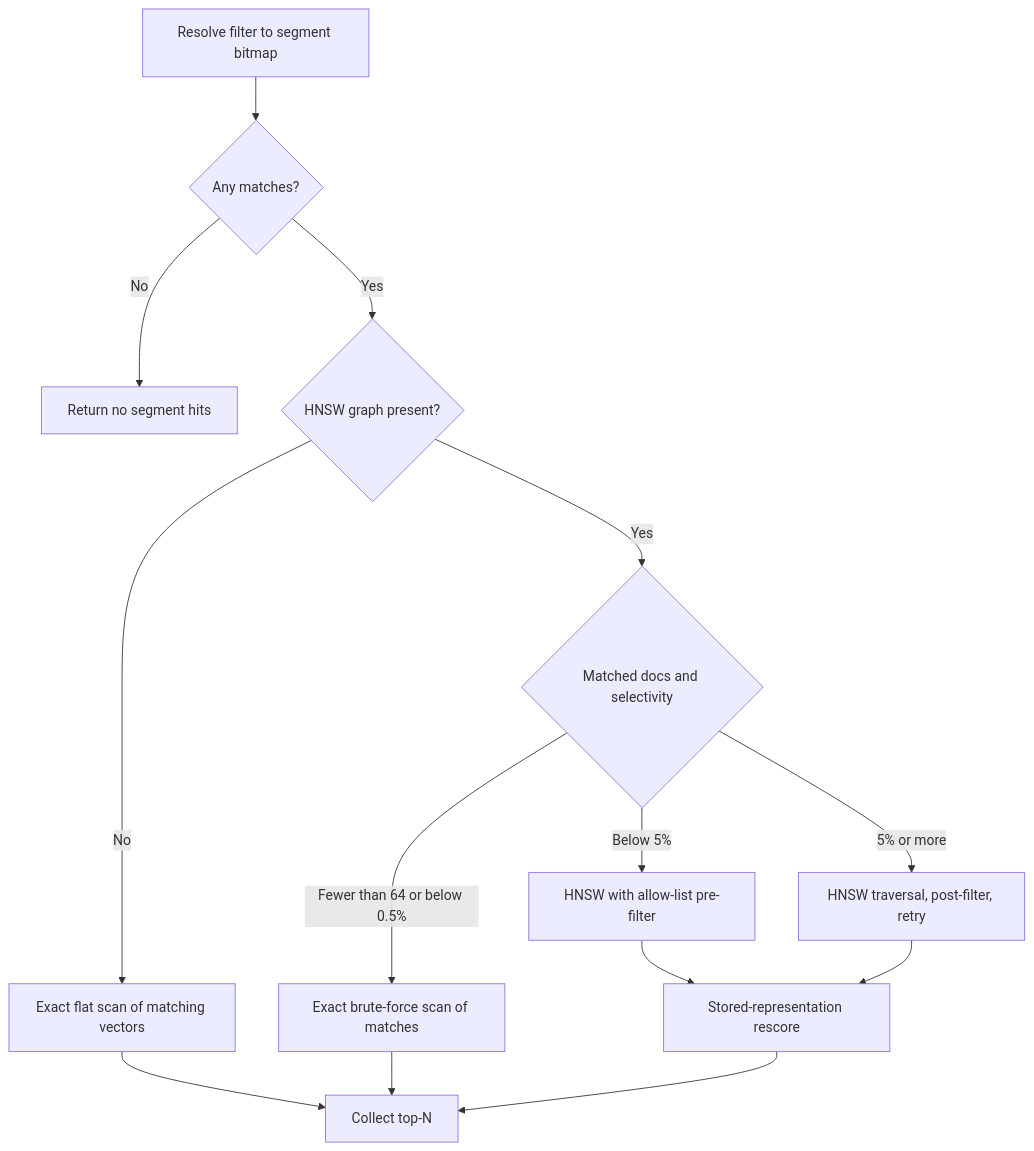
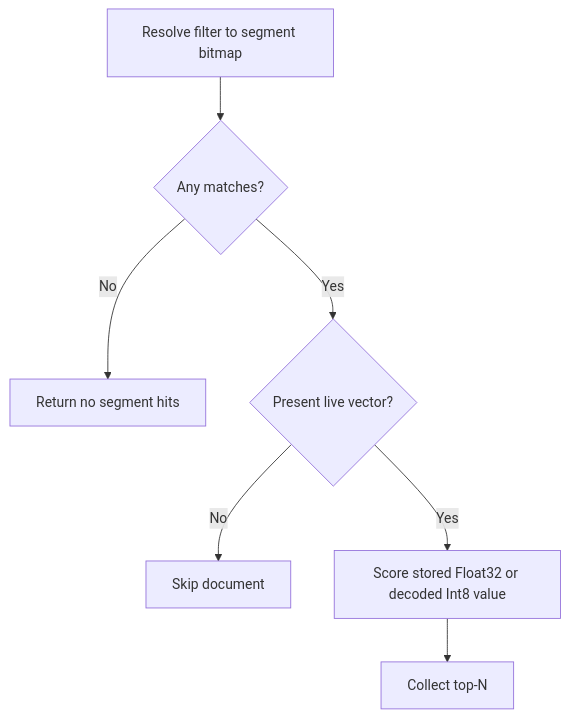
One commit to jordansrowles/LeanCorpus changed the diagram in docs/content/advanced/08-filtered-vector-search.md. Above: the diagram before and after it, drawn with Mermaid. The commit also changed other lines of this file and 94 other files, not shown here.

````diff
--- a/docs/content/advanced/08-filtered-vector-search.md
+++ b/docs/content/advanced/08-filtered-vector-search.md
@@ -24,16 +29,9 @@
 ```mermaid
 flowchart TD
     F[Resolve filter to segment bitmap] --> Z{Any matches?}
     Z -->|No| E[Return no segment hits]
-    Z -->|Yes| G{HNSW graph present?}
-    G -->|No| Flat[Exact flat scan of matching vectors]
-    G -->|Yes| S{Matched docs and selectivity}
-    S -->|Fewer than 64 or below 0.5%| B[Exact brute-force scan of matches]
-    S -->|Below 5%| P[HNSW with allow-list pre-filter]
-    S -->|5% or more| H[HNSW traversal, post-filter, retry]
-    P --> R[Stored-representation rescore]
-    H --> R
-    B --> C[Collect top-N]
-    Flat --> C
-    R --> C
+    Z -->|Yes| V{Present live vector?}
+    V -->|No| S[Skip document]
+    V -->|Yes| C[Score stored Float32 or decoded Int8 value]
+    C --> T[Collect top-N]
 ```
````
